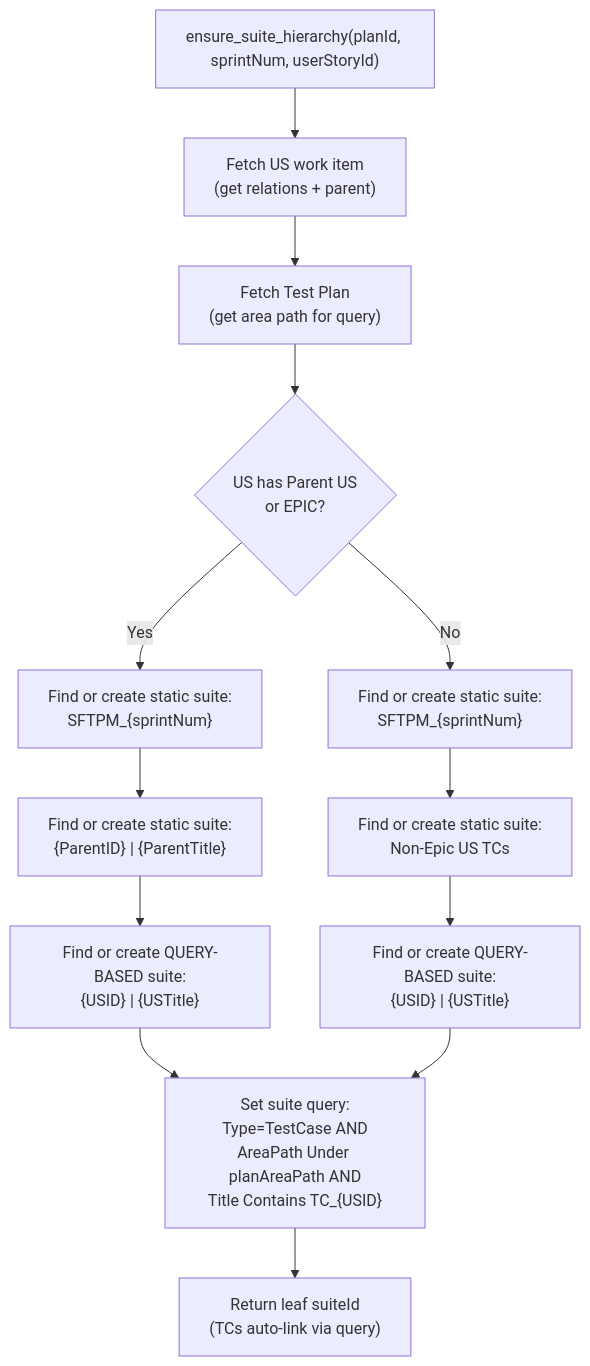
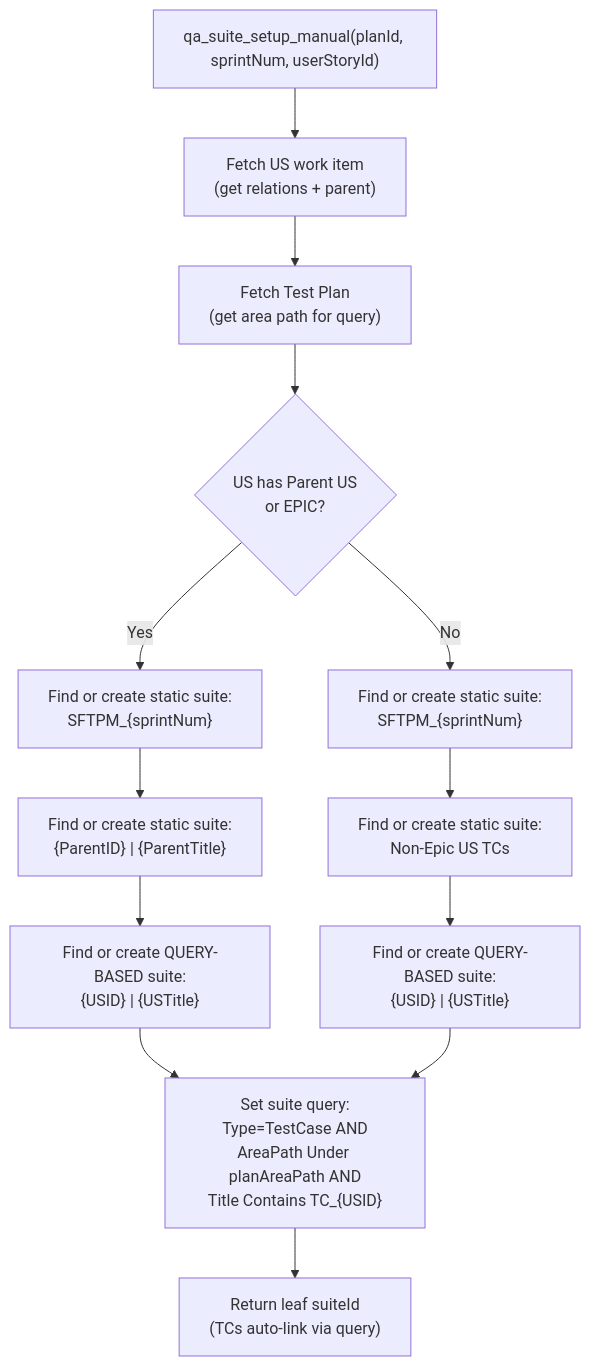
The fourth of 4 diagrams in docs/implementation.md (badgujar-kavita/ado-mcp-server), drawn with Mermaid before and after one commit. The commit also changed other lines of this file and 43 other files, not shown here.

````diff
--- a/docs/implementation.md
+++ b/docs/implementation.md
@@ -1161,20 +1161,20 @@
 ```mermaid
 flowchart TD
-    Start["ensure_suite_hierarchy(planId, sprintNum, userStoryId)"] --> FetchUS["Fetch US work item\n(get relations + parent)"]
+    Start["qa_suite_setup_manual(planId, sprintNum, userStoryId)"] --> FetchUS["Fetch US work item\n(get relations + parent)"]
     FetchUS --> FetchPlan["Fetch Test Plan\n(get area path for query)"]
     FetchPlan --> HasParent{"US has Parent US\nor EPIC?"}
 
     HasParent -->|Yes| SprintA["Find or create static suite:\nSFTPM_{sprintNum}"]
     HasParent -->|No| SprintB["Find or create static suite:\nSFTPM_{sprintNum}"]
 
     SprintA --> ParentFolder["Find or create static suite:\n{ParentID} | {ParentTitle}"]
     SprintB --> NonEpic["Find or create static suite:\nNon-Epic US TCs"]
 
     ParentFolder --> USFolderA["Find or create QUERY-BASED suite:\n{USID} | {USTitle}"]
     NonEpic --> USFolderB["Find or create QUERY-BASED suite:\n{USID} | {USTitle}"]
 
     USFolderA --> SetQuery["Set suite query:\nType=TestCase AND\nAreaPath Under planAreaPath AND\nTitle Contains TC_{USID}"]
     USFolderB --> SetQuery
 
     SetQuery --> Return["Return leaf suiteId\n(TCs auto-link via query)"]
 ```
````
